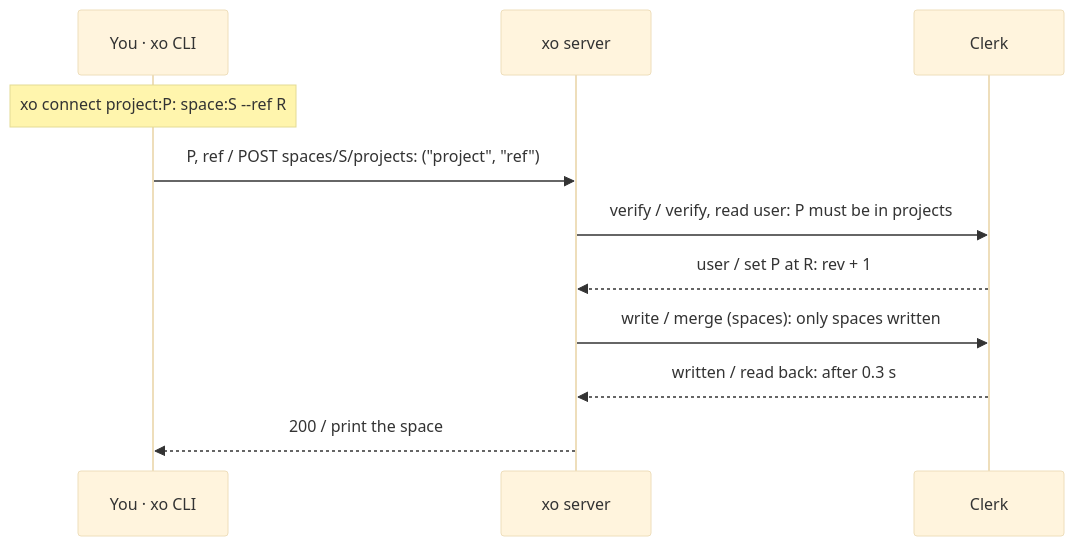
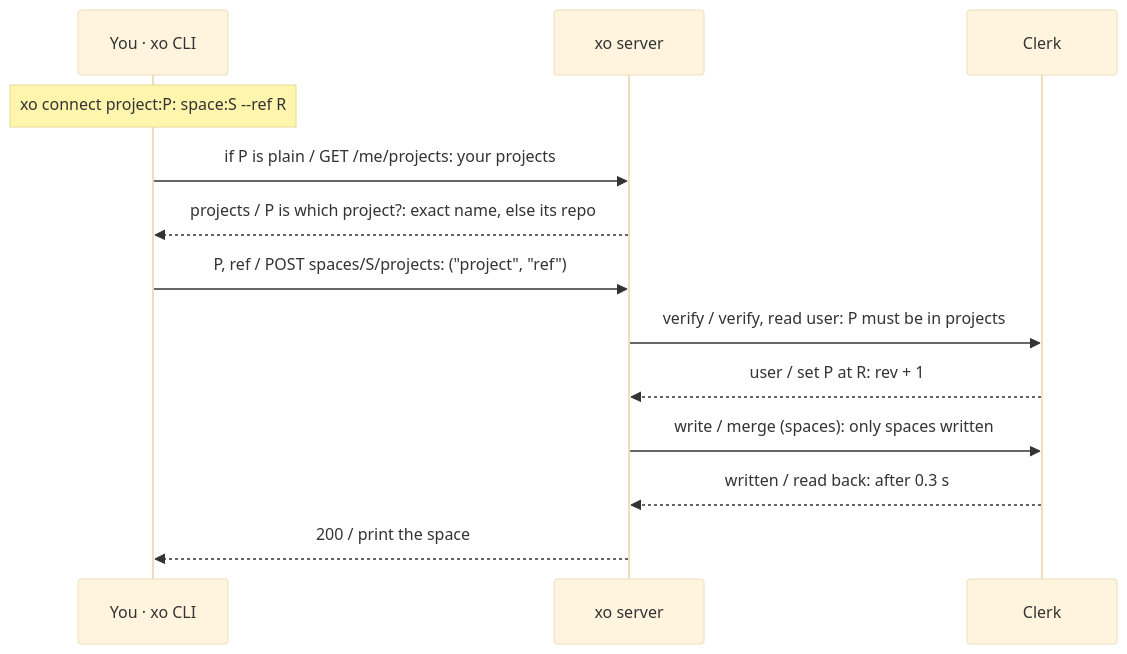
Before and after one commit to quirq-ai/xo: diagram 16 of 31 in docs/architecture.md, drawn with Mermaid (base theme). The commit also changed other lines of this file and 11 other files, not shown here.

````diff
--- a/docs/architecture.md
+++ b/docs/architecture.md
@@ -330,13 +352,15 @@
 ```mermaid
 sequenceDiagram
   participant Cli as You · xo CLI
   participant Srv as xo server
   participant Clerk as Clerk
   Note over Cli: xo connect project:P: space:S --ref R
+  Cli->>Srv: if P is plain / GET /me/projects: your projects
+  Srv-->>Cli: projects / P is which project?: exact name, else its repo
   Cli->>Srv: P, ref / POST spaces/S/projects: ("project", "ref")
   Srv->>Clerk: verify / verify, read user: P must be in projects
   Clerk-->>Srv: user / set P at R: rev + 1
   Srv->>Clerk: write / merge (spaces): only spaces written
   Clerk-->>Srv: written / read back: after 0.3 s
   Srv-->>Cli: 200 / print the space
 ```
````
